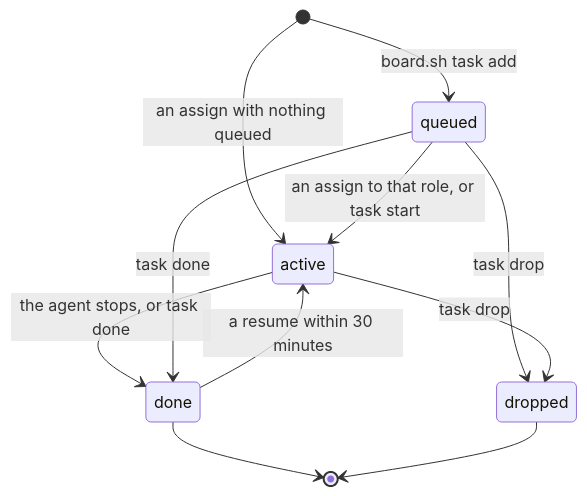
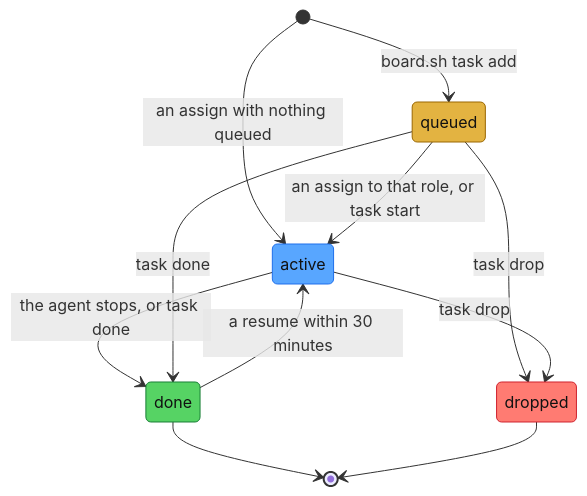
Before and after one commit to amanpatil808/claude-crew: the fourth of 5 diagrams in docs/how-it-works.md, drawn with Mermaid. The commit also changed other lines of this file and 8 other files, not shown here.

First line of the commit message:
README: real Crew Room screenshots, coloured diagrams, demo seeder

````diff
--- a/docs/how-it-works.md
+++ b/docs/how-it-works.md
@@ -215,13 +271,22 @@
 ```mermaid
 stateDiagram-v2
     [*] --> queued : board.sh task add
     [*] --> active : an assign with nothing queued
     queued --> active : an assign to that role, or task start
     active --> done : the agent stops, or task done
     queued --> done : task done
     queued --> dropped : task drop
     active --> dropped : task drop
     done --> active : a resume within 30 minutes
     done --> [*]
     dropped --> [*]
+
+    classDef queuedState fill:#e3b341,stroke:#9a6700,color:#111
+    classDef activeState fill:#58a6ff,stroke:#1f6feb,color:#111
+    classDef doneState fill:#56d364,stroke:#1a7f37,color:#111
+    classDef droppedState fill:#ff7b72,stroke:#cf222e,color:#111
+    class queued queuedState
+    class active activeState
+    class done doneState
+    class dropped droppedState
 ```
````
